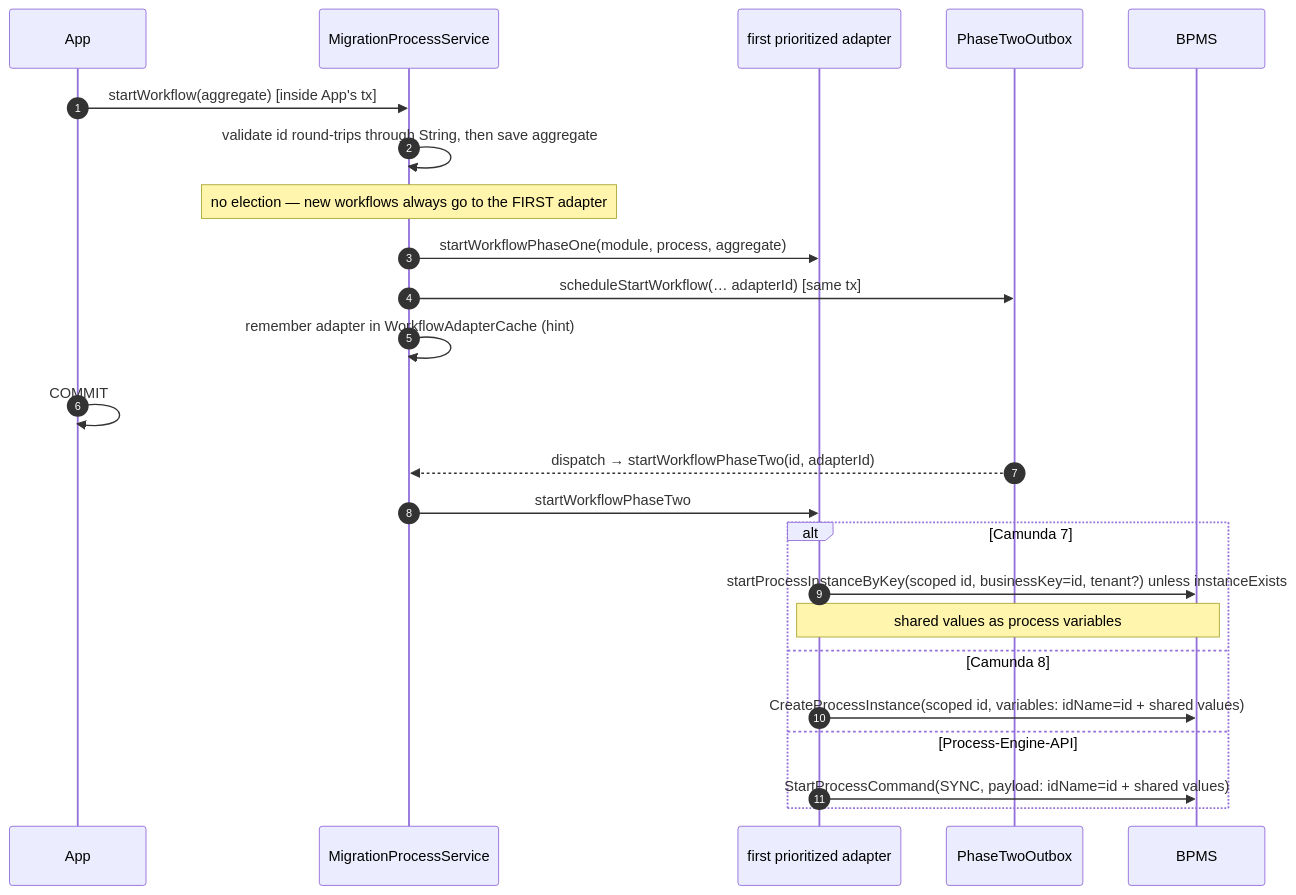
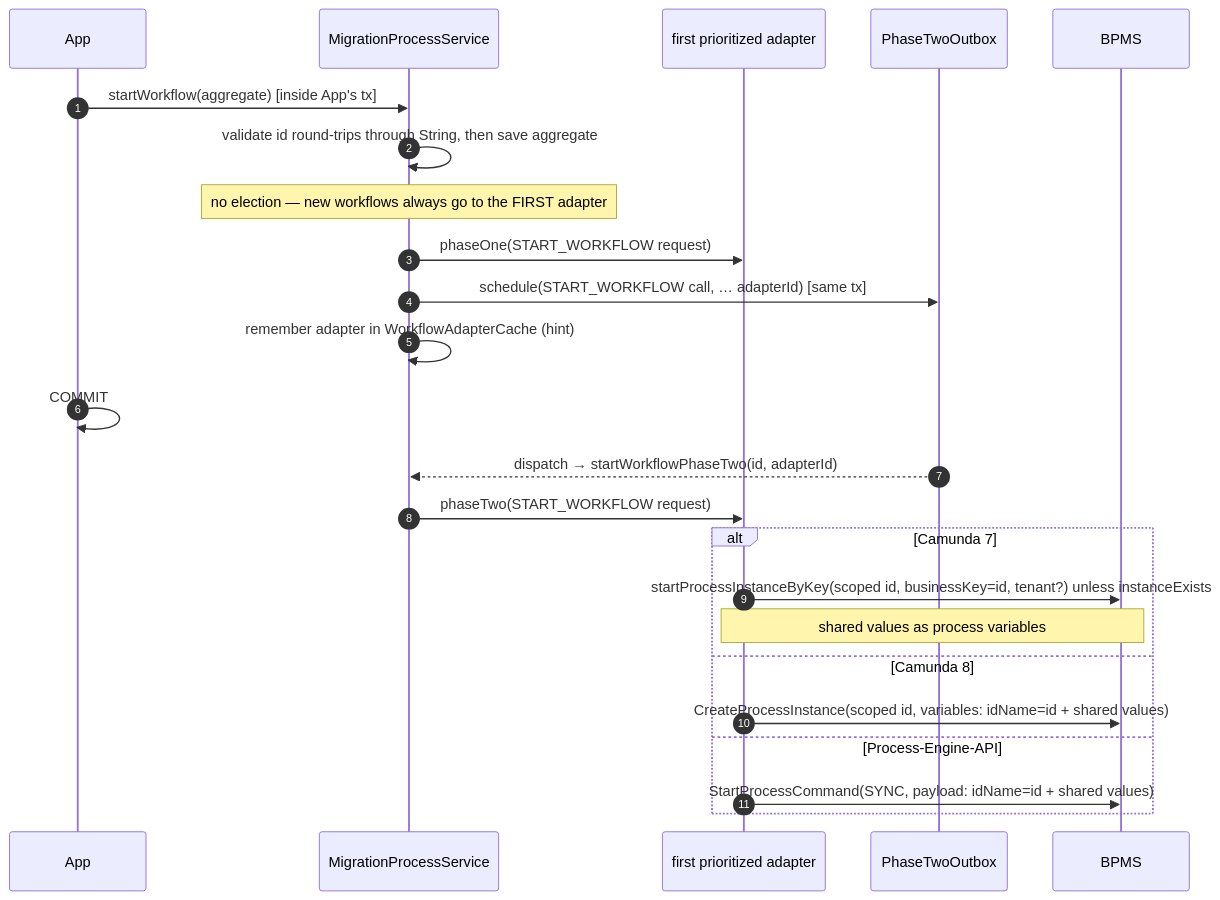
Before and after one commit to vanillabp/adapter-platform-integration: the ninth of 15 diagrams in migration-adapter/README.md, drawn with Mermaid. The commit also changed 14 other files, not shown here.

````diff
--- a/migration-adapter/README.md
+++ b/migration-adapter/README.md
@@ -1264,26 +1264,26 @@
 ```mermaid
 sequenceDiagram
   autonumber
   participant App
   participant PS as MigrationProcessService
   participant AD as first prioritized adapter
   participant OB as PhaseTwoOutbox
   participant BPMS
   App->>PS: startWorkflow(aggregate)   [inside App's tx]
   PS->>PS: validate id round-trips through String, then save aggregate
   Note over PS: no election — new workflows always go to the FIRST adapter
-  PS->>AD: startWorkflowPhaseOne(module, process, aggregate)
-  PS->>OB: scheduleStartWorkflow(… adapterId)   [same tx]
+  PS->>AD: phaseOne(START_WORKFLOW request)
+  PS->>OB: schedule(START_WORKFLOW call, … adapterId)   [same tx]
   PS->>PS: remember adapter in WorkflowAdapterCache (hint)
   App->>App: COMMIT
   OB-->>PS: dispatch → startWorkflowPhaseTwo(id, adapterId)
-  PS->>AD: startWorkflowPhaseTwo
+  PS->>AD: phaseTwo(START_WORKFLOW request)
   alt Camunda 7
     AD->>BPMS: startProcessInstanceByKey(scoped id, businessKey=id, tenant?) unless instanceExists
     Note over AD,BPMS: shared values as process variables
   else Camunda 8
     AD->>BPMS: CreateProcessInstance(scoped id, variables: idName=id + shared values)
   else Process-Engine-API
     AD->>BPMS: StartProcessCommand(SYNC, payload: idName=id + shared values)
   end
 ```
````
